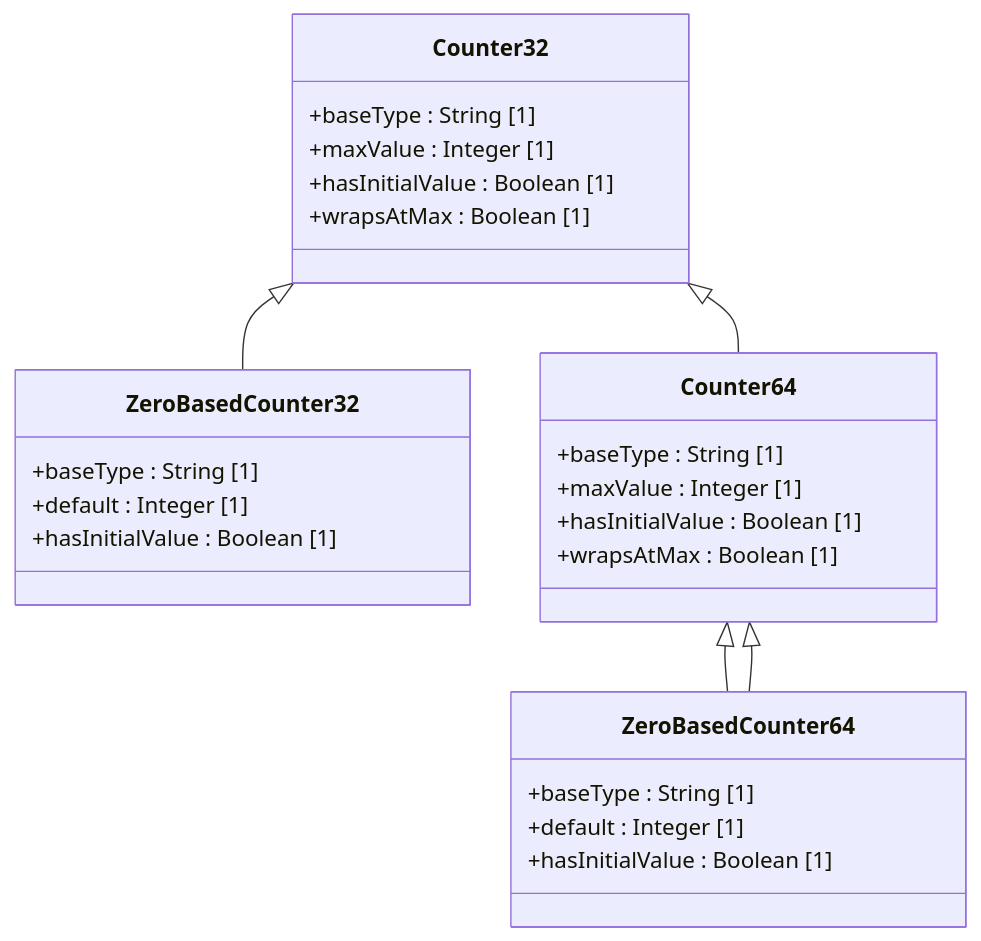
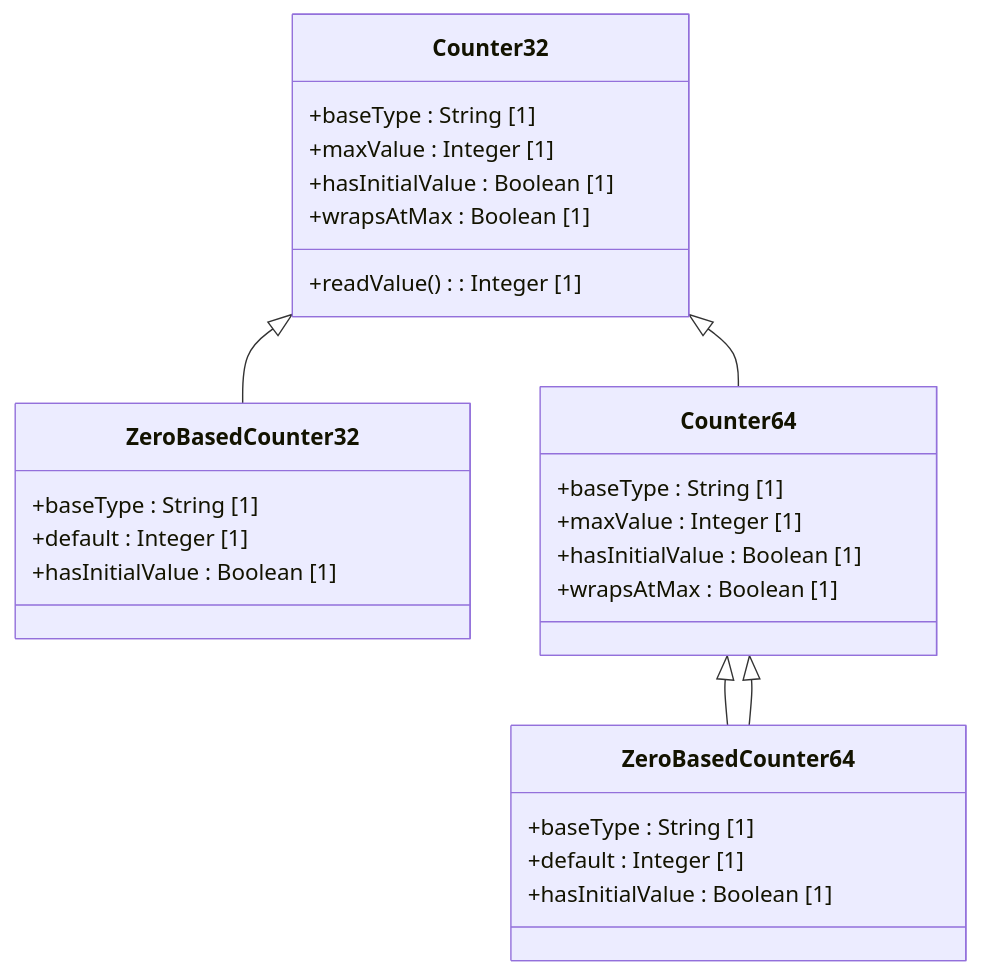
Before and after one commit to gintatkinson/dep-tst40: the diagram in docs/features/feat-17-counter-types.md, drawn with Mermaid. The commit also changed 4 other files, not shown here.

First line of the commit message:
docs: fix remaining UML — operations, service classifiers, alt flows

````diff
--- a/docs/features/feat-17-counter-types.md
+++ b/docs/features/feat-17-counter-types.md
@@ -19,29 +19,30 @@
 ```mermaid
 classDiagram
     class Counter32 {
         +baseType : String [1]
         +maxValue : Integer [1]
         +hasInitialValue : Boolean [1]
         +wrapsAtMax : Boolean [1]
+        +readValue() : Integer [1]
     }
     class ZeroBasedCounter32 {
         +baseType : String [1]
         +default : Integer [1]
         +hasInitialValue : Boolean [1]
     }
     class Counter64 {
         +baseType : String [1]
         +maxValue : Integer [1]
         +hasInitialValue : Boolean [1]
         +wrapsAtMax : Boolean [1]
     }
     class ZeroBasedCounter64 {
         +baseType : String [1]
         +default : Integer [1]
         +hasInitialValue : Boolean [1]
     }
     Counter32 <|-- Counter64
     Counter32 <|-- ZeroBasedCounter32
     Counter64 <|-- ZeroBasedCounter64
     Counter64 <|-- ZeroBasedCounter64
 ```
````
